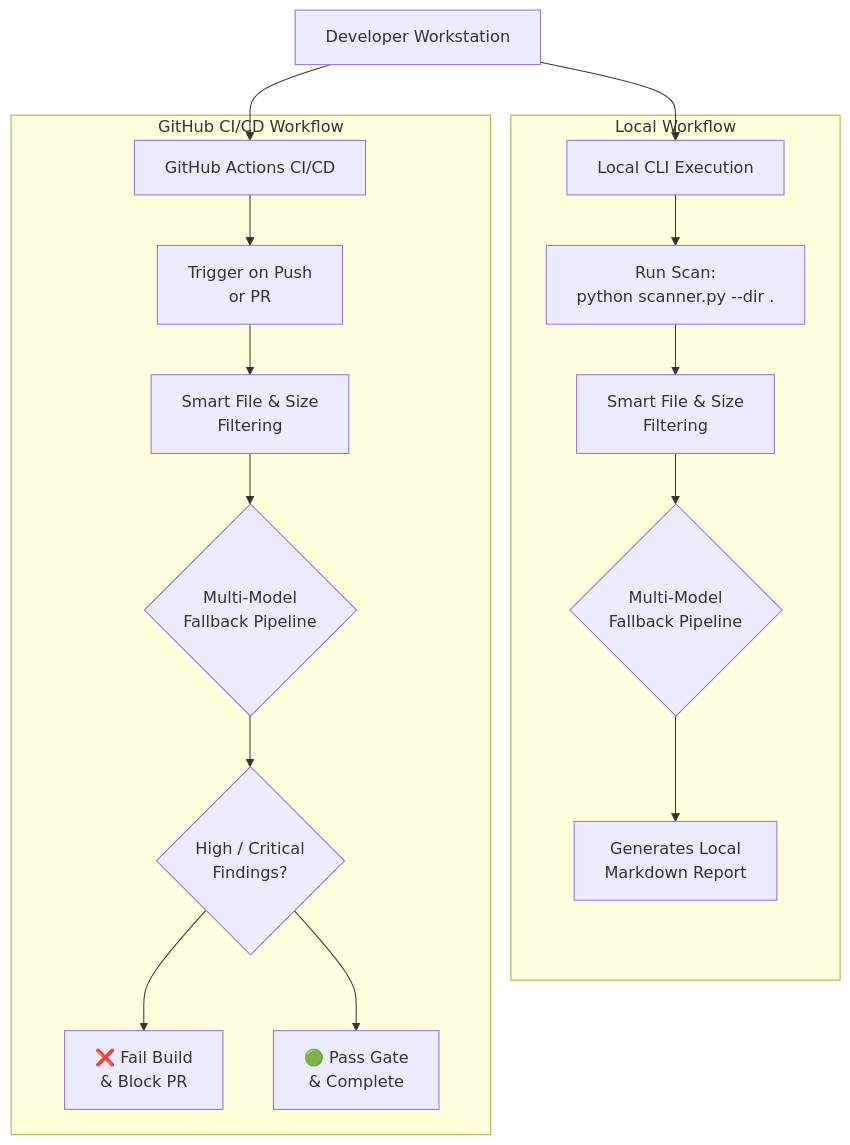
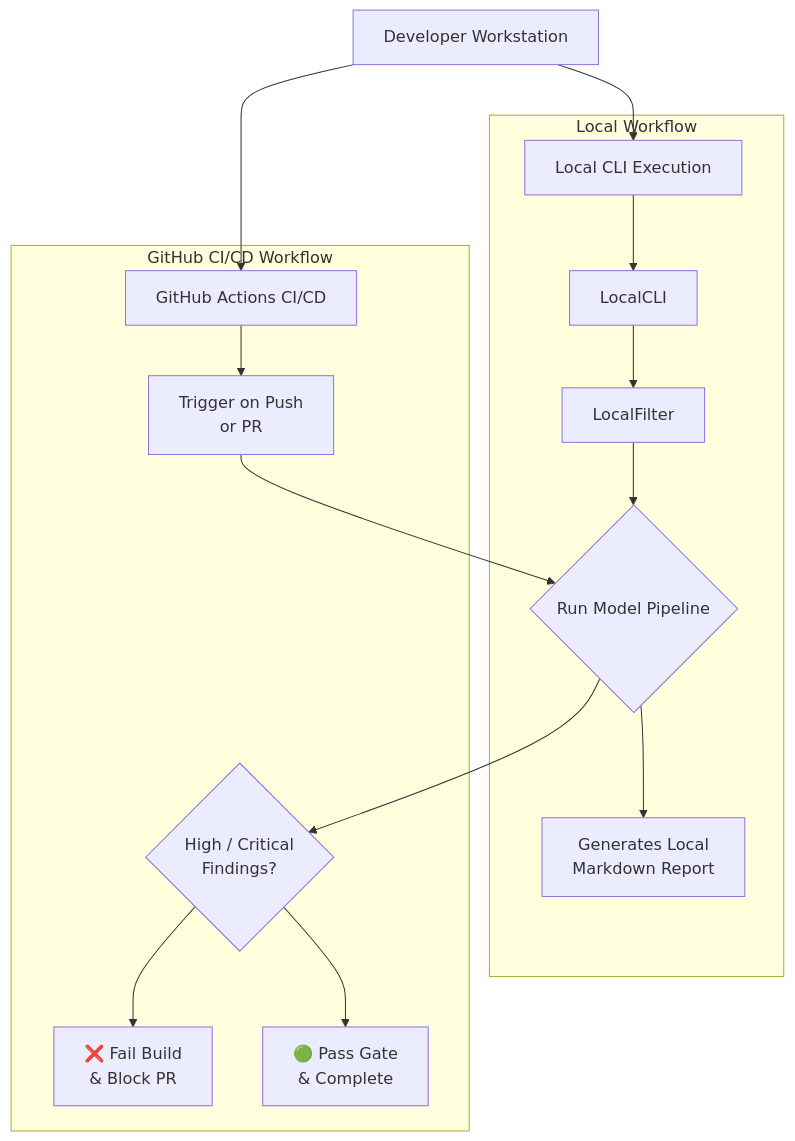
Before and after one commit to donaldlew/Ai-Scanner: the diagram in README.md, drawn with Mermaid.

````diff
--- a/README.md
+++ b/README.md
@@ -15,22 +15,21 @@
 ```mermaid
 graph TD
     Dev[Developer Workstation] --> Local[Local CLI Execution]
     Dev --> GitHub[GitHub Actions CI/CD]
 
     subgraph "Local Workflow"
-        Local --> LocalCLI["Run Scan:<br/>python scanner.py --dir ."]
-        LocalCLI --> LocalFilter["Smart File & Size<br/>Filtering"]
-        LocalFilter --> LocalLLM{"Multi-Model<br/>Fallback Pipeline"}
-        LocalLLM --> LocalReport["Generates Local<br/>Markdown Report"]
+        Local --> LocalCLI
+        LocalCLI --> LocalFilter
+        LocalFilter --> RunLLM{"Run Model Pipeline"}
+        RunLLM --> LocalReport["Generates Local<br/>Markdown Report"]
     end
 
     subgraph "GitHub CI/CD Workflow"
         GitHub --> GHA["Trigger on Push<br/>or PR"]
-        GHA --> GHAFilter["Smart File & Size<br/>Filtering"]
-        GHAFilter --> GHALLM{"Multi-Model<br/>Fallback Pipeline"}
-        GHALLM --> GHAGate{"High / Critical<br/>Findings?"}
+        GHA --> RunLLM{"Run Model Pipeline"}
+        RunLLM --> GHAGate{"High / Critical<br/>Findings?"}
         GHAGate --> Fail["❌ Fail Build<br/>& Block PR"]
         GHAGate --> Pass["🟢 Pass Gate<br/>& Complete"]
     end
 
 ```
````
